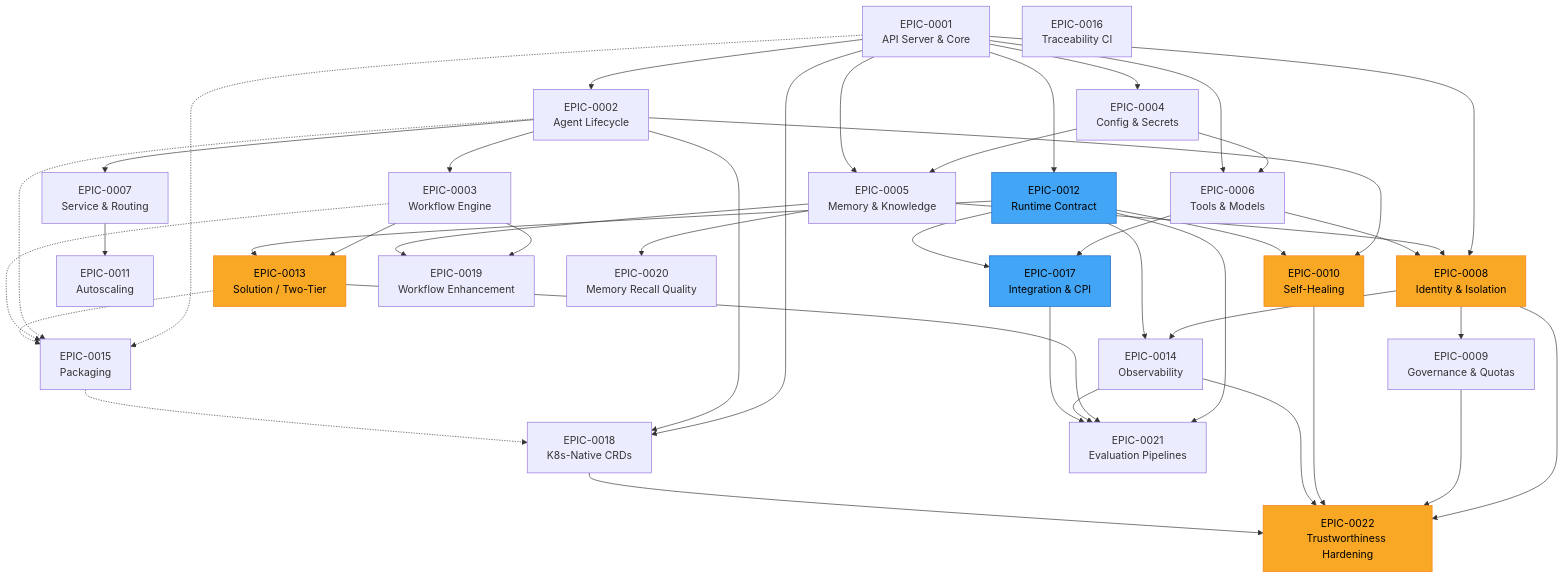
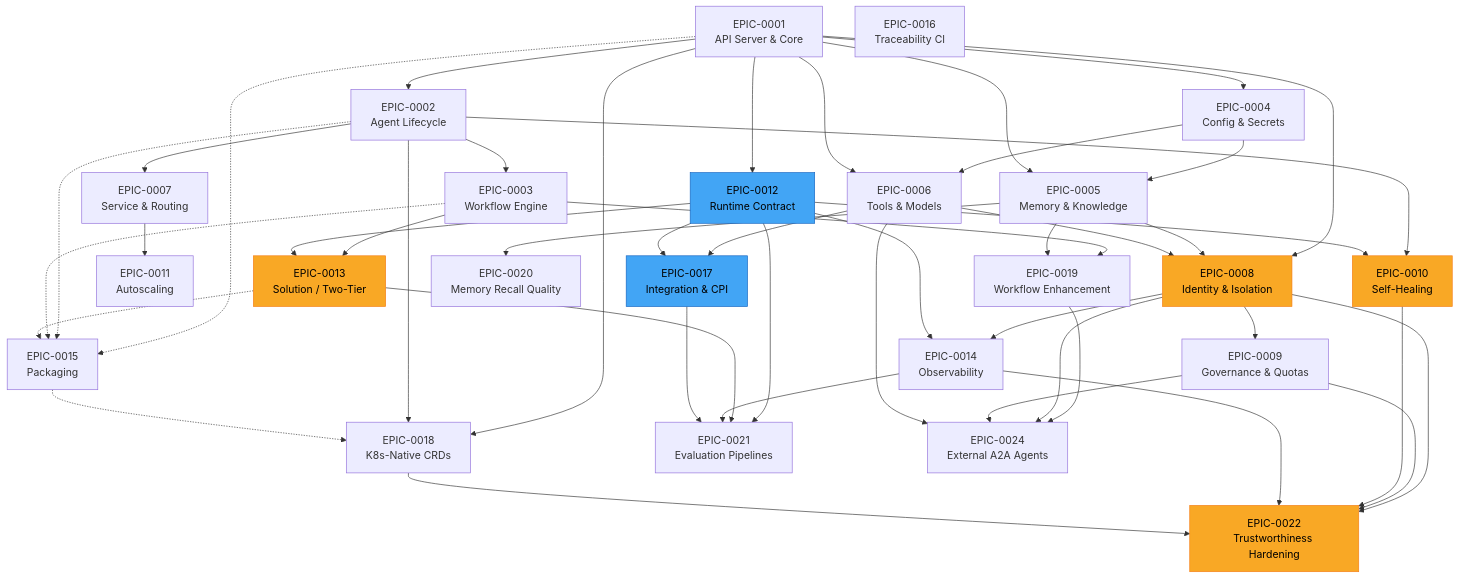
The diagram in BACKLOG.md (microsoft/kognition), drawn with Mermaid before and after one commit. The commit also changed other lines of this file and 216 other files, not shown here.

```diff
--- a/BACKLOG.md
+++ b/BACKLOG.md
@@ -171,6 +172,7 @@
     E20[EPIC-0020<br>Memory Recall Quality]
     E21[EPIC-0021<br>Evaluation Pipelines]
     E22[EPIC-0022<br>Trustworthiness Hardening]
+    E24[EPIC-0024<br>External A2A Agents]
 
     E01 --> E02
     E01 --> E04
@@ -214,6 +216,11 @@
     E14 --> E22
     E18 --> E22
 
+    E19 --> E24
+    E08 --> E24
+    E09 --> E24
+    E06 --> E24
+
     E01 -.-> E15
     E02 -.-> E15
     E03 -.-> E15
```
